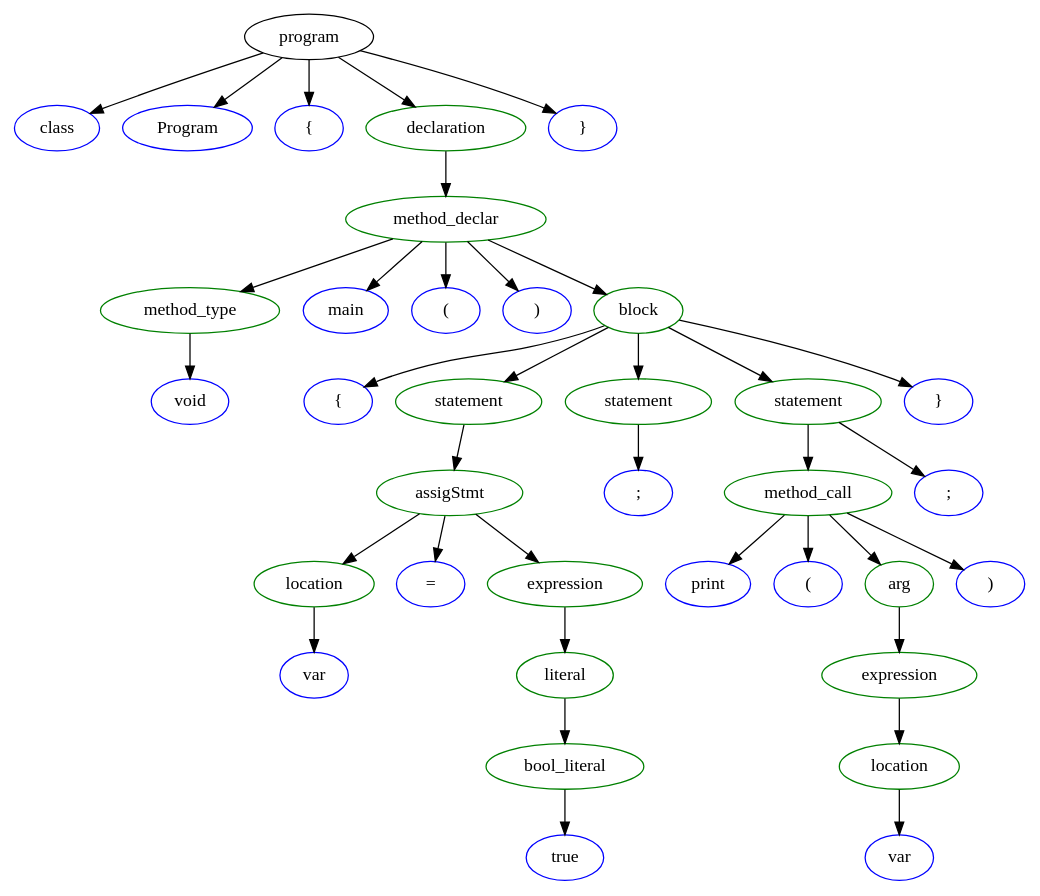
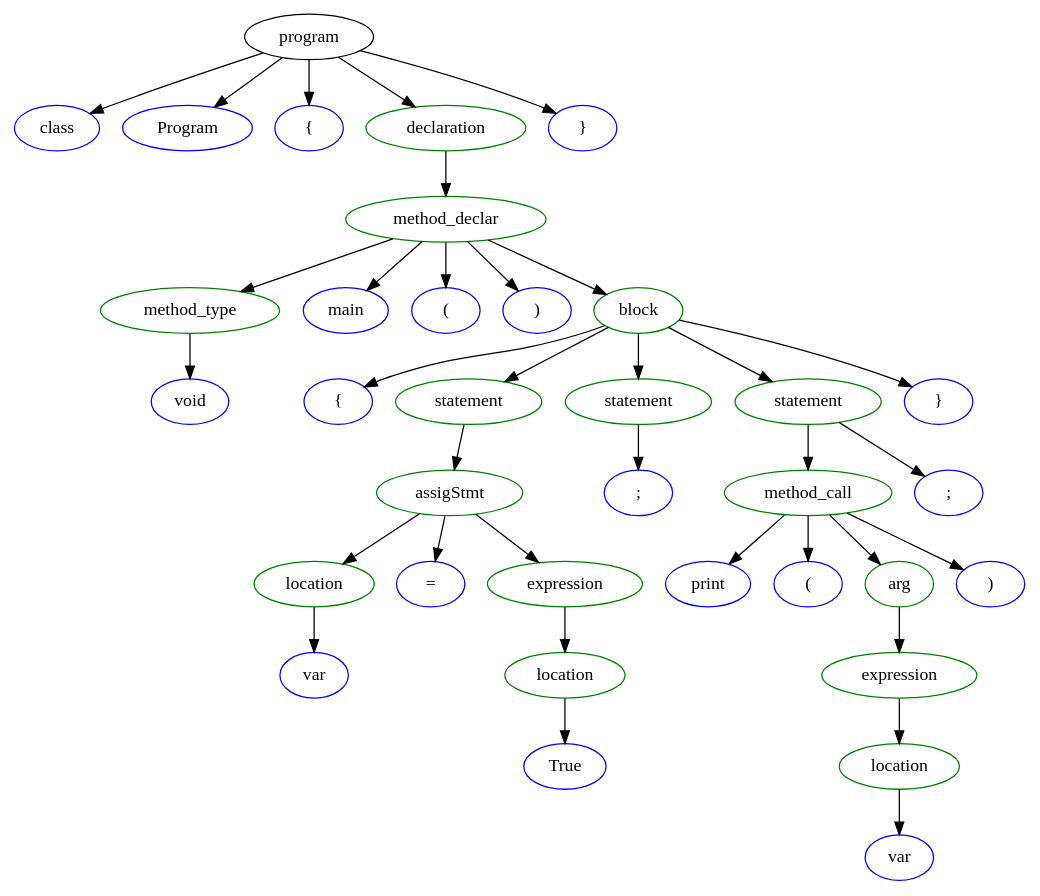
One commit to MaaarcosG/compiler changed the diagram in Trees/tree_input.gv. Above: the diagram before and after it, drawn with Graphviz. The commit also changed 31 other files, not shown here.

```diff
--- a/Trees/tree_input.gv
+++ b/Trees/tree_input.gv
@@ -1,74 +1,72 @@
 // Trees/tree_input.gv
 digraph "Trees/tree_input" {
 	0 [label=program]
 	1 [label=class color=blue]
 	0 -> 1
 	2 [label=Program color=blue]
 	0 -> 2
 	3 [label="{" color=blue]
 	0 -> 3
 	4 [label=declaration color=green]
 	0 -> 4
 	5 [label=method_declar color=green]
 	4 -> 5
 	6 [label=method_type color=green]
 	5 -> 6
 	7 [label=void color=blue]
 	6 -> 7
 	8 [label=main color=blue]
 	5 -> 8
 	9 [label="(" color=blue]
 	5 -> 9
 	10 [label=")" color=blue]
 	5 -> 10
 	11 [label=block color=green]
 	5 -> 11
 	12 [label="{" color=blue]
 	11 -> 12
 	13 [label=statement color=green]
 	11 -> 13
 	14 [label=assigStmt color=green]
 	13 -> 14
 	15 [label=location color=green]
 	14 -> 15
 	16 [label=var color=blue]
 	15 -> 16
 	17 [label="=" color=blue]
 	14 -> 17
 	18 [label=expression color=green]
 	14 -> 18
-	19 [label=literal color=green]
+	19 [label=location color=green]
 	18 -> 19
-	20 [label=bool_literal color=green]
+	20 [label=True color=blue]
 	19 -> 20
-	21 [label=true color=blue]
-	20 -> 21
-	22 [label=statement color=green]
-	11 -> 22
-	23 [label=";" color=blue]
-	22 -> 23
-	24 [label=statement color=green]
-	11 -> 24
-	25 [label=method_call color=green]
+	21 [label=statement color=green]
+	11 -> 21
+	22 [label=";" color=blue]
+	21 -> 22
+	23 [label=statement color=green]
+	11 -> 23
+	24 [label=method_call color=green]
+	23 -> 24
+	25 [label=print color=blue]
 	24 -> 25
-	26 [label=print color=blue]
-	25 -> 26
-	27 [label="(" color=blue]
-	25 -> 27
-	28 [label=arg color=green]
-	25 -> 28
-	29 [label=expression color=green]
+	26 [label="(" color=blue]
+	24 -> 26
+	27 [label=arg color=green]
+	24 -> 27
+	28 [label=expression color=green]
+	27 -> 28
+	29 [label=location color=green]
 	28 -> 29
-	30 [label=location color=green]
+	30 [label=var color=blue]
 	29 -> 30
-	31 [label=var color=blue]
-	30 -> 31
-	32 [label=")" color=blue]
-	25 -> 32
-	33 [label=";" color=blue]
-	24 -> 33
+	31 [label=")" color=blue]
+	24 -> 31
+	32 [label=";" color=blue]
+	23 -> 32
+	33 [label="}" color=blue]
+	11 -> 33
 	34 [label="}" color=blue]
-	11 -> 34
-	35 [label="}" color=blue]
-	0 -> 35
+	0 -> 34
 }
```
